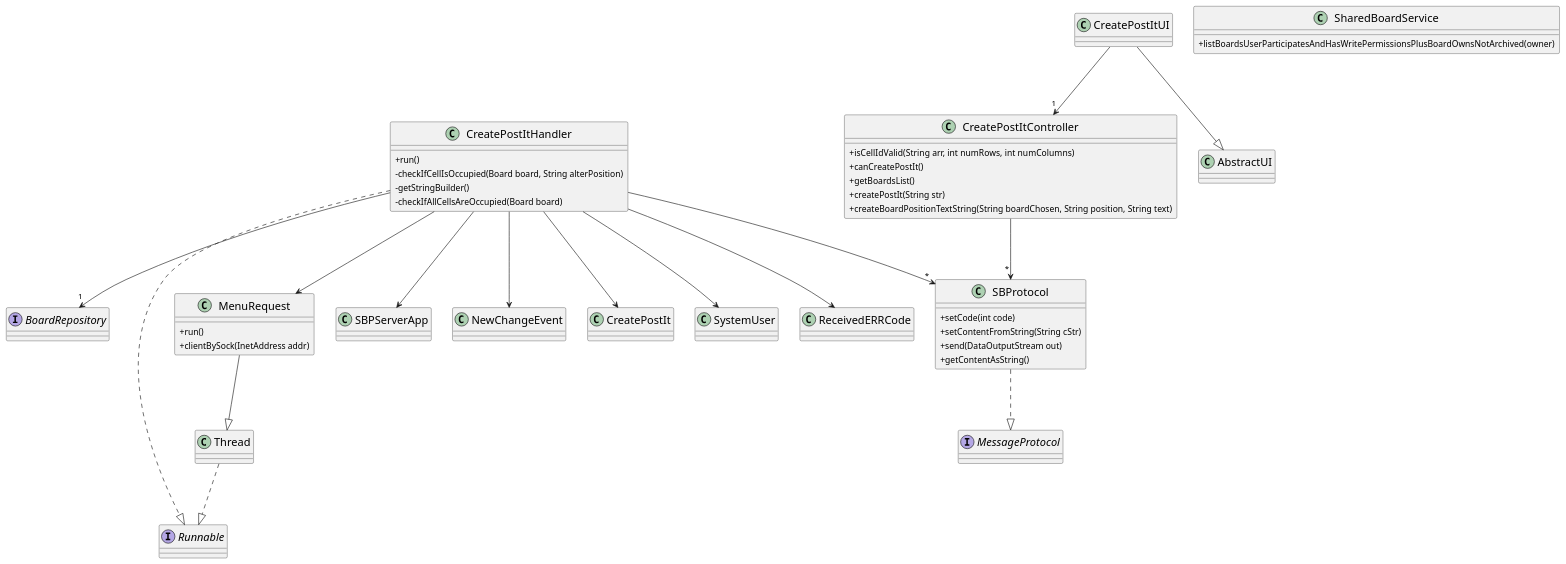
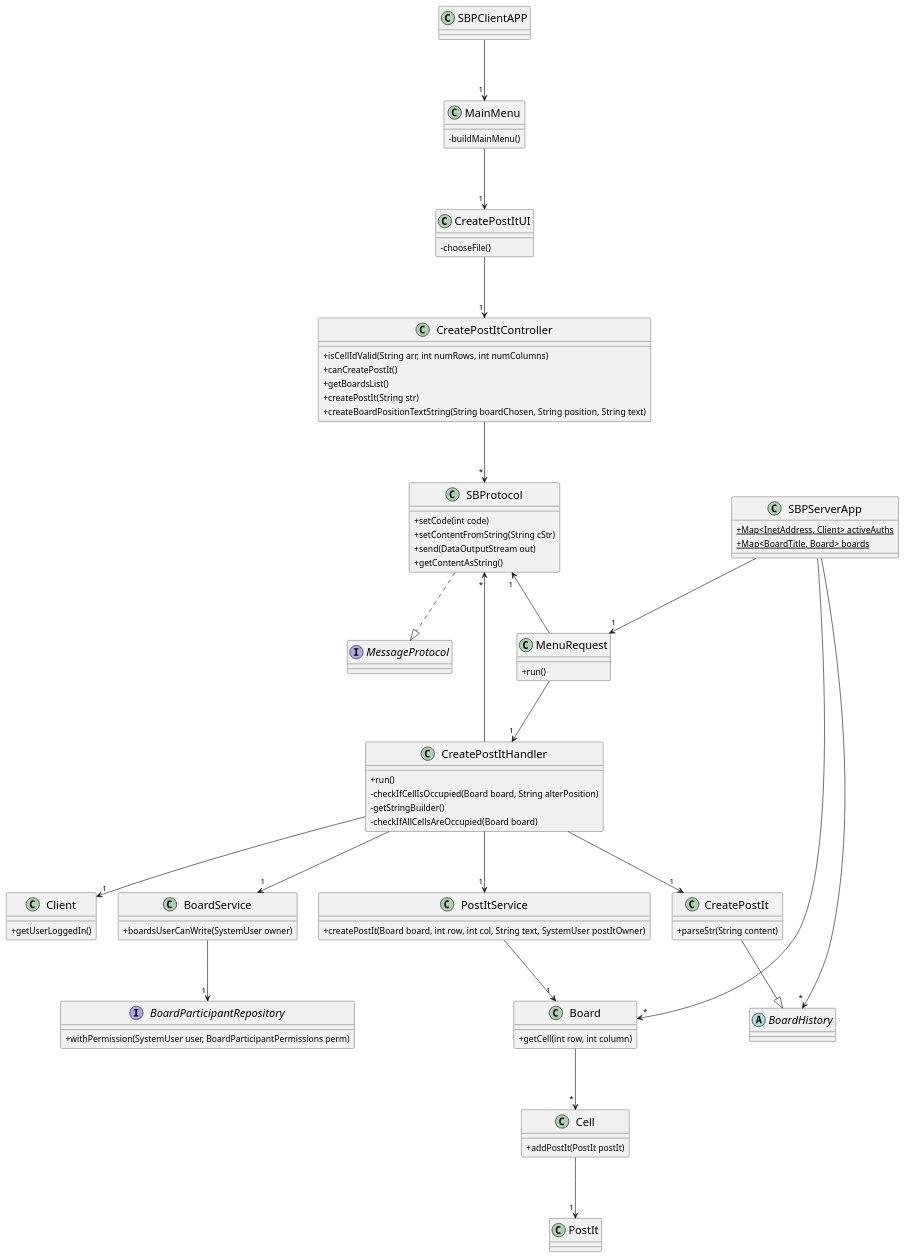
Before and after one commit to jovami/isep-lapr4: the diagram in docs/us_3006/CD.puml, drawn with PlantUML. The commit also changed 11 other files, not shown here.

Commit message:
docs(us_3006/3010): simplified all diagrams

```diff
--- a/docs/us_3006/CD.puml
+++ b/docs/us_3006/CD.puml
@@ -1,106 +1,147 @@
 @startuml
 'https://plantuml.com/class-diagram
 
 skinparam classAttributeIconSize 0
 skinparam padding 2
 skinparam ranksep 100
 skinparam classFontSize 18
 
-interface Runnable
+
 interface MessageProtocol
-interface BoardRepository
-
-class AbstractUI
+interface BoardParticipantRepository
 {
+    +withPermission(SystemUser user, BoardParticipantPermissions perm)
 }
 
 class CreatePostItUI
 {
+    -chooseFile()
 }
 
 class CreatePostItController
 {
  +isCellIdValid(String arr, int numRows, int numColumns)
  +canCreatePostIt()
  +getBoardsList()
  +createPostIt(String str)
  +createBoardPositionTextString(String boardChosen, String position, String text)
 }
 
 class CreatePostItHandler
 {
     +run()
     -checkIfCellIsOccupied(Board board, String alterPosition)
     -getStringBuilder()
     -checkIfAllCellsAreOccupied(Board board)
 }
 
 class SBProtocol
 {
  + setCode(int code)
  + setContentFromString(String cStr)
  + send(DataOutputStream out)
  + getContentAsString()
 }
 
 class MenuRequest
 {
     +run()
-    +clientBySock(InetAddress addr)
 }
 
 class SBPServerApp
 {
+    +{static}Map<InetAddress, Client> activeAuths
+    +{static}Map<BoardTitle, Board> boards
 }
 
-class NewChangeEvent
+class SBPClientAPP
 {
 }
 
+
 class CreatePostIt
 {
+  +parseStr(String content)
 }
 
-class SystemUser
+class Client
 {
+    +getUserLoggedIn()
 }
 
-class ReceivedERRCode
+
+class BoardService
 {
+    +boardsUserCanWrite(SystemUser owner)
 }
 
-class Thread
+class MainMenu
 {
+    - buildMainMenu()
 }
 
-class SharedBoardService
+class PostItService
 {
-    +listBoardsUserParticipatesAndHasWritePermissionsPlusBoardOwnsNotArchived(owner)
+    +createPostIt(Board board, int row, int col, String text, SystemUser postItOwner)
+}
+
+class Board
+{
+   +getCell(int row, int column)
+}
+
+class Cell
+{
+    +addPostIt(PostIt postIt)
+}
+
+class PostIt {
+}
+
+abstract class BoardHistory
+{
 }
 
 
 
+
+
+
 'extends --|>
-CreatePostItUI --|> AbstractUI
-MenuRequest --|> Thread
+
+CreatePostIt --|> BoardHistory
+
 
 
 'depends on(imports)  -->
 CreatePostItUI --> "1" CreatePostItController
 CreatePostItController --> "*" SBProtocol
 
-CreatePostItHandler --> "1" BoardRepository
+
 CreatePostItHandler --> "*" SBProtocol
-CreatePostItHandler --> MenuRequest
-CreatePostItHandler --> SBPServerApp
-CreatePostItHandler --> NewChangeEvent
-CreatePostItHandler --> CreatePostIt
-CreatePostItHandler --> SystemUser
-CreatePostItHandler --> ReceivedERRCode
+
+
+CreatePostItHandler --> "1" CreatePostIt
+CreatePostItHandler --> "1" Client
+CreatePostItHandler --> "1" BoardService
+CreatePostItHandler --> "1" PostItService
+
+SBPClientAPP --> "1" MainMenu
+MainMenu --> "1" CreatePostItUI
+SBPServerApp --> "1" MenuRequest
+MenuRequest --> "1" CreatePostItHandler
+MenuRequest -up-> "1" SBProtocol
+
+PostItService --> "1" Board
+Board --> "*" Cell
+Cell --> "1" PostIt
+
+BoardService --> "1" BoardParticipantRepository
+
+SBPServerApp ----> "*" Board
+SBPServerApp -> "*" BoardHistory
 
 'implements ..|>
 SBProtocol ..|> MessageProtocol
-CreatePostItHandler ..|> Runnable
-Thread ..|> Runnable
 
 @enduml
```
